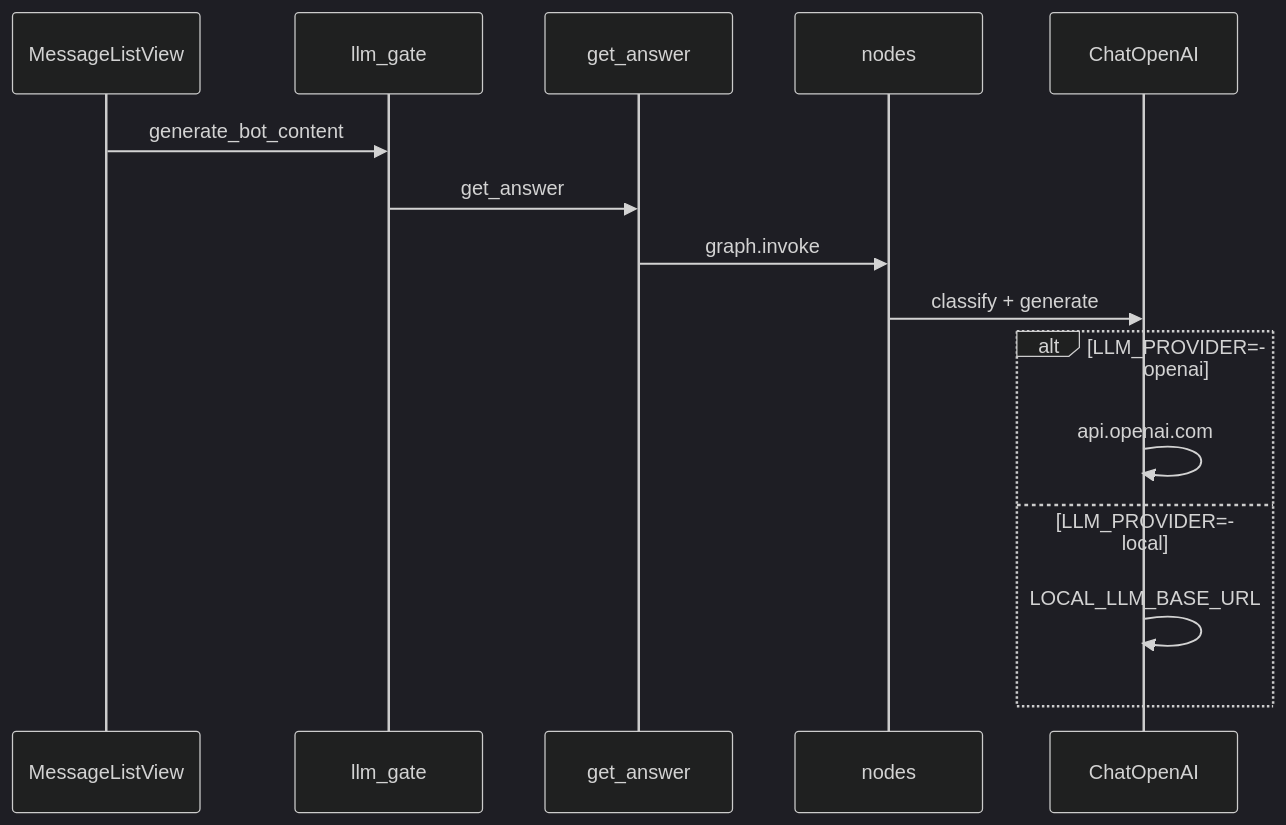
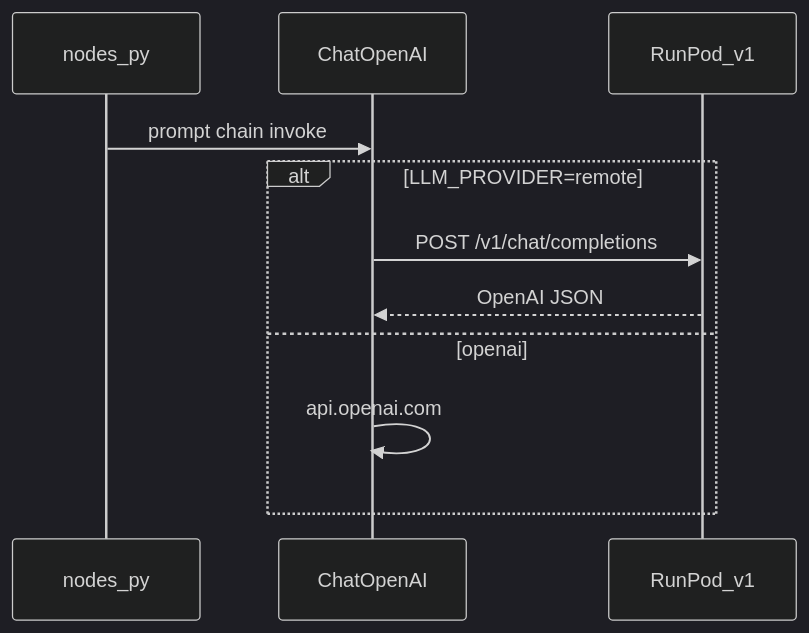
One commit to EJ-pro/SKN27-4th-4team changed the third of 3 diagrams in docs/에픽04-로컬-LLM-연동.md. Above: the diagram before and after it, drawn with Mermaid (dark theme). The commit also changed other lines of this file and 3 other files, not shown here.

````diff
--- a/docs/에픽04-로컬-LLM-연동.md
+++ b/docs/에픽04-로컬-LLM-연동.md
@@ -74,18 +277,14 @@
 ```mermaid
 sequenceDiagram
-  participant V as MessageListView
-  participant G as llm_gate
-  participant Bot as get_answer
-  participant N as nodes
-  participant LLM as ChatOpenAI
+  participant N as nodes_py
+  participant L as ChatOpenAI
+  participant RP as RunPod_v1
 
-  V->>G: generate_bot_content
-  G->>Bot: get_answer
-  Bot->>N: graph.invoke
-  N->>LLM: classify + generate
-  alt LLM_PROVIDER=openai
-    LLM->>LLM: api.openai.com
-  else LLM_PROVIDER=local
-    LLM->>LLM: LOCAL_LLM_BASE_URL
+  N->>L: prompt chain invoke
+  alt LLM_PROVIDER=remote
+    L->>RP: POST /v1/chat/completions
+    RP-->>L: OpenAI JSON
+  else openai
+    L->>L: api.openai.com
   end
 ```
````
